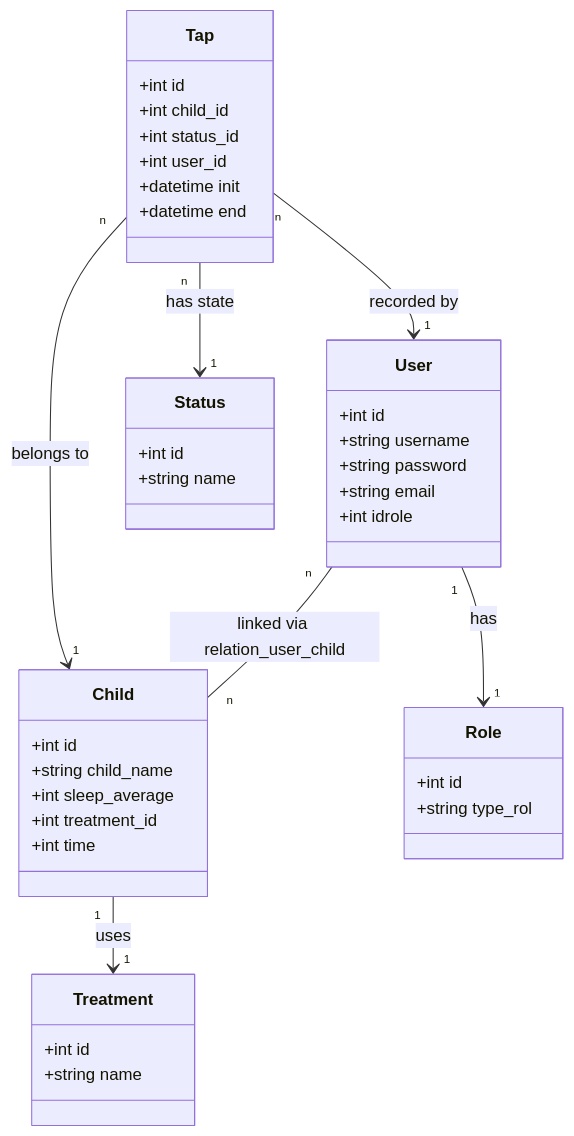
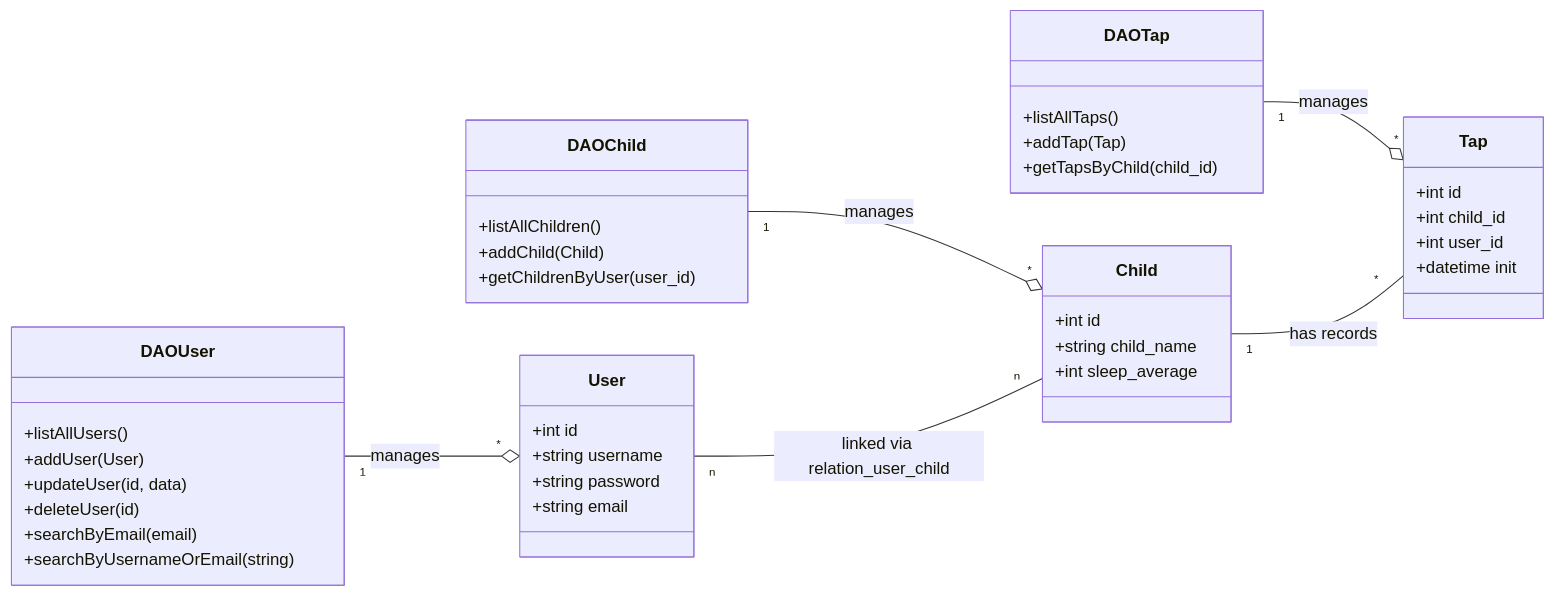
One commit to Radik1506/Digi changed the diagram in prototype2/diagram.mermaid. Above: the diagram before and after it, drawn with Mermaid. The commit also changed 2 other files, not shown here.

```diff
--- a/prototype2/diagram.mermaid
+++ b/prototype2/diagram.mermaid
@@ -1,50 +1,53 @@
 classDiagram
+    direction LR
+
+    %% --- THE LIBRARIANS (DAOs) ---
+    class DAOUser {
+        +listAllUsers()
+        +addUser(User)
+        +updateUser(id, data)
+        +deleteUser(id)
+        +searchByEmail(email)
+        +searchByUsernameOrEmail(string)
+    }
+
+    class DAOChild {
+        +listAllChildren()
+        +addChild(Child)
+        +getChildrenByUser(user_id)
+    }
+
+    class DAOTap {
+        +listAllTaps()
+        +addTap(Tap)
+        +getTapsByChild(child_id)
+    }
+
+    %% --- THE DATA OBJECTS (Models) ---
     class User {
         +int id
         +string username
         +string password
         +string email
-        +int idrole
     }
 
     class Child {
         +int id
         +string child_name
         +int sleep_average
-        +int treatment_id
-        +int time
     }
 
     class Tap {
         +int id
         +int child_id
-        +int status_id
         +int user_id
         +datetime init
-        +datetime end
     }
 
-    class Role {
-        +int id
-        +string type_rol
-    }
+    %% --- CONNECTIONS ---
+    DAOUser "1" --o "*" User : manages
+    DAOChild "1" --o "*" Child : manages
+    DAOTap "1" --o "*" Tap : manages
 
-    class Status {
-        +int id
-        +string name
-    }
-
-    class Treatment {
-        +int id
-        +string name
-    }
-
-    %% Relationships
-    User "1" --> "1" Role : has
-    Child "1" --> "1" Treatment : uses
-    Tap "n" --> "1" User : recorded by
-    Tap "n" --> "1" Child : belongs to
-    Tap "n" --> "1" Status : has state
-    
-    %% Many-to-Many via relation_user_child
     User "n" -- "n" Child : linked via relation_user_child
+    Child "1" -- "*" Tap : has records
```
